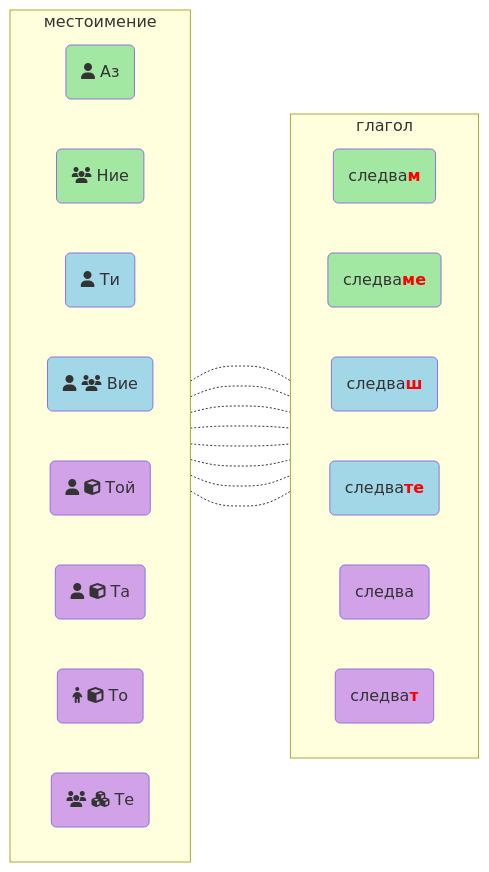
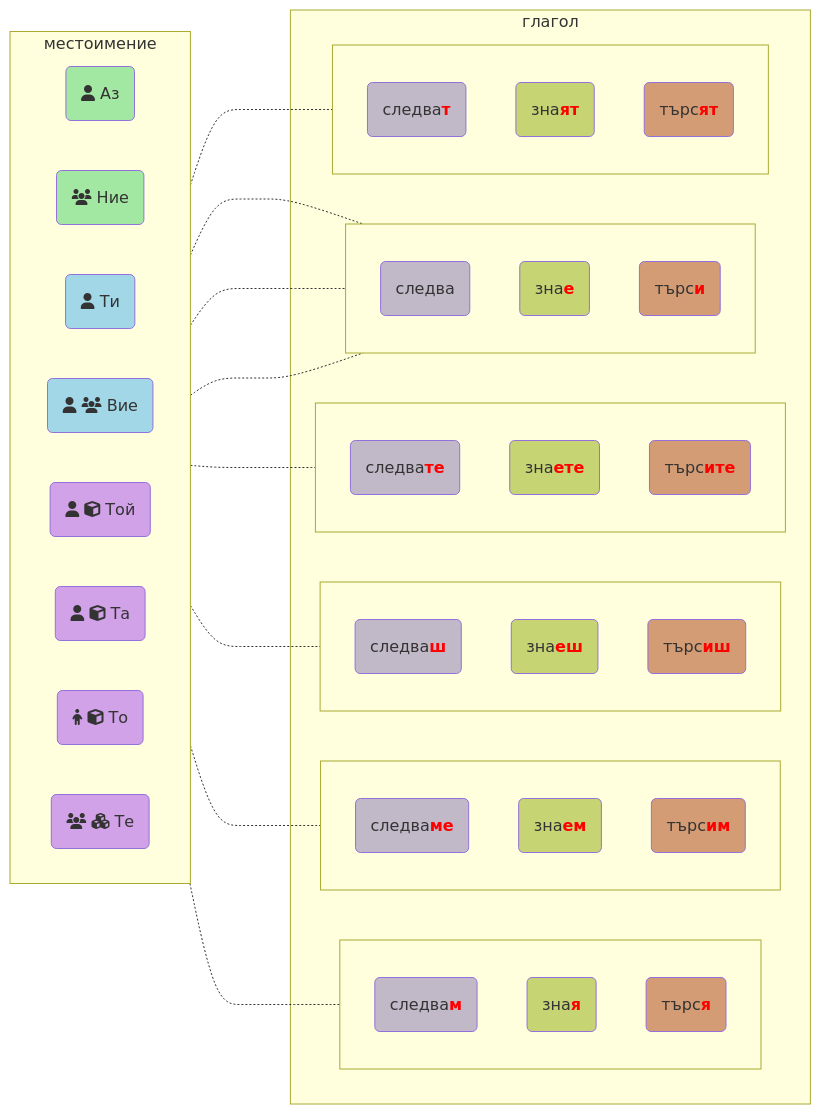
Before and after one commit to serge-name/bg-lang: the second of 2 diagrams in basics.md, drawn with Mermaid.

````diff
--- a/basics.md
+++ b/basics.md
@@ -57,41 +57,72 @@
 ```mermaid
 flowchart LR
     classDef first fill:#a2e8a2;
     classDef second fill:#a2d7e8;
     classDef third fill:#d1a2e8;
+
+    classDef grA fill:#c2b9c8;
+    classDef grE fill:#c7d474;
+    classDef grI fill:#d49c74;
 
     subgraph A ["#160; местоимение #160;"]
       direction LR
       A1(fa:fa-user Аз)
       A2(fa:fa-users Ние)
       A3(fa:fa-user Ти)
       A4(fa:fa-user fa:fa-users Вие)
       A5(fa:fa-user fa:fa-cube Той)
       A6(fa:fa-user fa:fa-cube Та)
       A7(fa:fa-child fa:fa-cube То)
       A8(fa:fa-users fa:fa-cubes Те)
     end
 
     subgraph B ["#160; глагол #160;"]
-      direction LR
-      B1(следва<span style='color:red'><b>м</b></span>)
-      B2(следва<span style='color:red'><b>ме</b></span>)
-      B3(следва<span style='color:red'><b>ш</b></span>)
-      B4(следва<span style='color:red'><b>те</b></span>)
-      B5(следва)
-      B8(следва<span style='color:red'><b>т</b></span>)
+        subgraph gr1 [" "]
+            grA1(следва<span style='color:red'><b>м</b></span>)
+            grE1(зна<span style='color:red'><b>я</b></span>)
+            grI1(търс<span style='color:red'><b>я</b></span>)
+        end
+        subgraph gr2 [" "]
+            grA2(следва<span style='color:red'><b>ме</b></span>)
+            grE2(зна<span style='color:red'><b>ем</b></span>)
+            grI2(търс<span style='color:red'><b>им</b></span>)
+        end
+        subgraph gr3 [" "]
+            grA3(следва<span style='color:red'><b>ш</b></span>)
+            grE3(зна<span style='color:red'><b>еш</b></span>)
+            grI3(търс<span style='color:red'><b>иш</b></span>)
+        end
+        subgraph gr4 [" "]
+            grA4(следва<span style='color:red'><b>те</b></span>)
+            grE4(зна<span style='color:red'><b>ете</b></span>)
+            grI4(търс<span style='color:red'><b>ите</b></span>)
+        end
+        subgraph gr5 [" "]
+            grA5(следва)
+            grE5(зна<span style='color:red'><b>е</b></span>)
+            grI5(търс<span style='color:red'><b>и</b></span>)
+        end
+        subgraph gr8 [" "]
+            grA8(следва<span style='color:red'><b>т</b></span>)
+            grE8(зна<span style='color:red'><b>ят</b></span>)
+            grI8(търс<span style='color:red'><b>ят</b></span>)
+        end
     end
 
     class A1,A2,B1,B2 first;
     class A3,A4,B3,B4 second;
     class A5,A6,A7,A8,B5,B8 third;
 
-    A1-..-B1
-    A2-.-B2
-    A3-.-B3
-    A4-.-B4
-    A5-.-B5
-    A6-.-B5
-    A7-.-B5
-    A8-.-B8
+    class grA1,grA2,grA3,grA4,grA5,grA8 grA;
+    class grE1,grE2,grE3,grE4,grE5,grE8 grE;
+    class grI1,grI2,grI3,grI4,grI5,grI8 grI;
+
+    A1-..-gr1
+    A2-.-gr2
+    A3-.-gr3
+    A4-.-gr4
+    A5-.-gr5
+    A6-.-gr5
+    A7-.-gr5
+    A8-.-gr8
 ```
````
